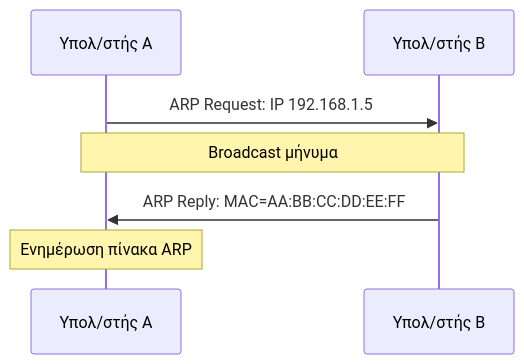
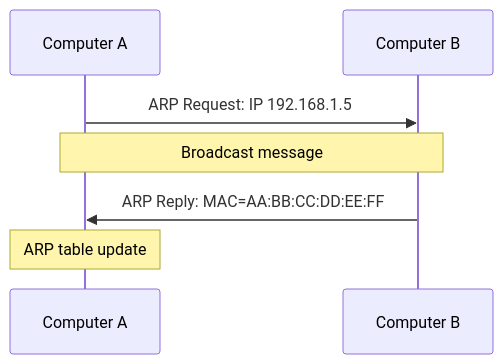
One commit to PanagopoulosNikolaos/DitOpenNotes changed the fourth of 6 diagrams in Year_1/Semester_2/NETWORKING/Resources/Notes/4. Internet Layer.md. Above: the diagram before and after it, drawn with Mermaid. The commit also changed other lines of this file and 61 other files, not shown here.

````diff
--- a/Year_1/Semester_2/NETWORKING/Resources/Notes/4. Internet Layer.md
+++ b/Year_1/Semester_2/NETWORKING/Resources/Notes/4. Internet Layer.md
@@ -69,9 +69,9 @@
 ```Mermaid
 sequenceDiagram
-    participant A as Υπολ/στής A
-    participant B as Υπολ/στής B
+    participant A as Computer A
+    participant B as Computer B
     A->>B: ARP Request: IP 192.168.1.5;
-    Note over A,B: Broadcast μήνυμα
+    Note over A,B: Broadcast message
     B->>A: ARP Reply: MAC=AA:BB:CC:DD:EE:FF
-    Note over A: Ενημέρωση πίνακα ARP
+    Note over A: ARP table update
 ```
````
